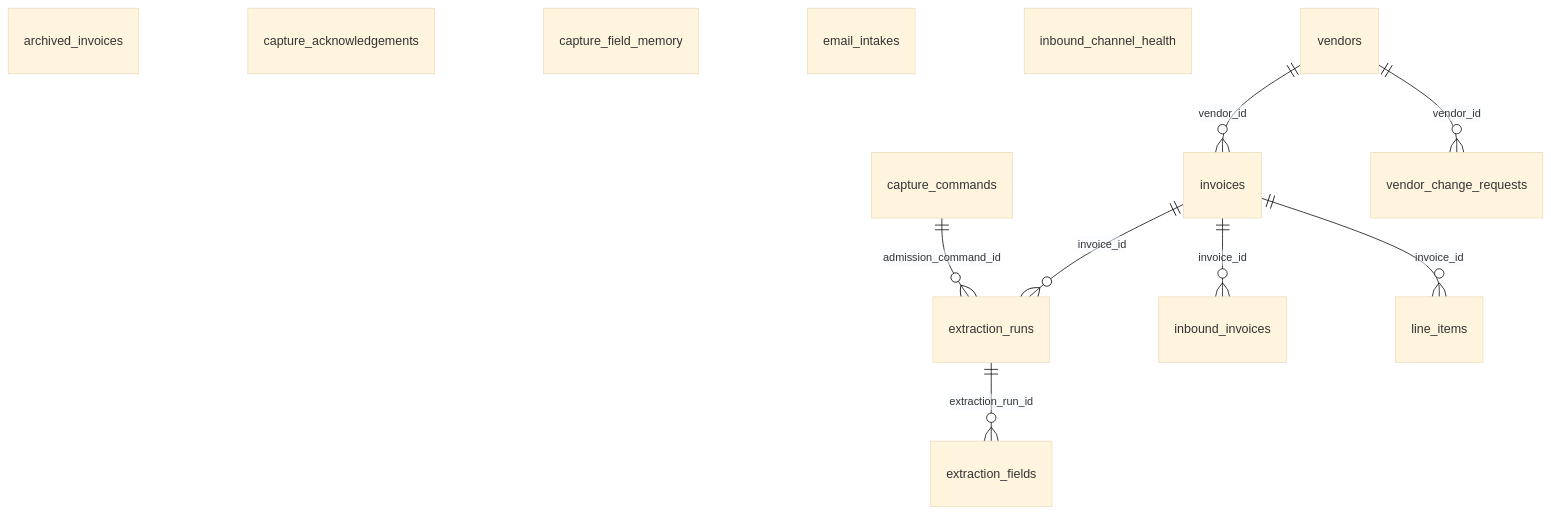
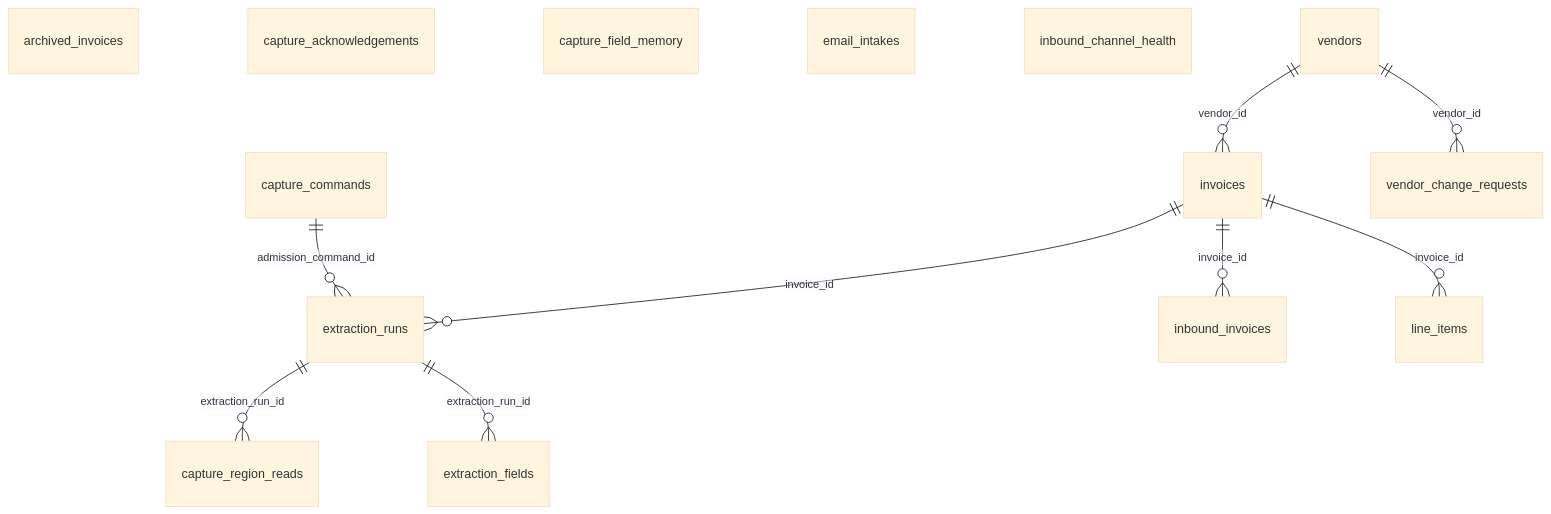
One commit to kristapsgoncoronoks-ship-it/Bid_it changed the second of 10 diagrams in docs/architecture/data-model-erd.md. Above: the diagram before and after it, drawn with Mermaid (base theme). The commit also changed other lines of this file and 49 other files, not shown here.

````diff
--- a/docs/architecture/data-model-erd.md
+++ b/docs/architecture/data-model-erd.md
@@ -84,20 +84,21 @@
 ```mermaid
 erDiagram
   archived_invoices {
   }
   capture_acknowledgements {
   }
   capture_field_memory {
   }
   email_intakes {
   }
   inbound_channel_health {
   }
   capture_commands ||--o{ extraction_runs : "admission_command_id"
+  extraction_runs ||--o{ capture_region_reads : "extraction_run_id"
   extraction_runs ||--o{ extraction_fields : "extraction_run_id"
   invoices ||--o{ extraction_runs : "invoice_id"
   invoices ||--o{ inbound_invoices : "invoice_id"
   invoices ||--o{ line_items : "invoice_id"
   vendors ||--o{ invoices : "vendor_id"
   vendors ||--o{ vendor_change_requests : "vendor_id"
 ```
````
